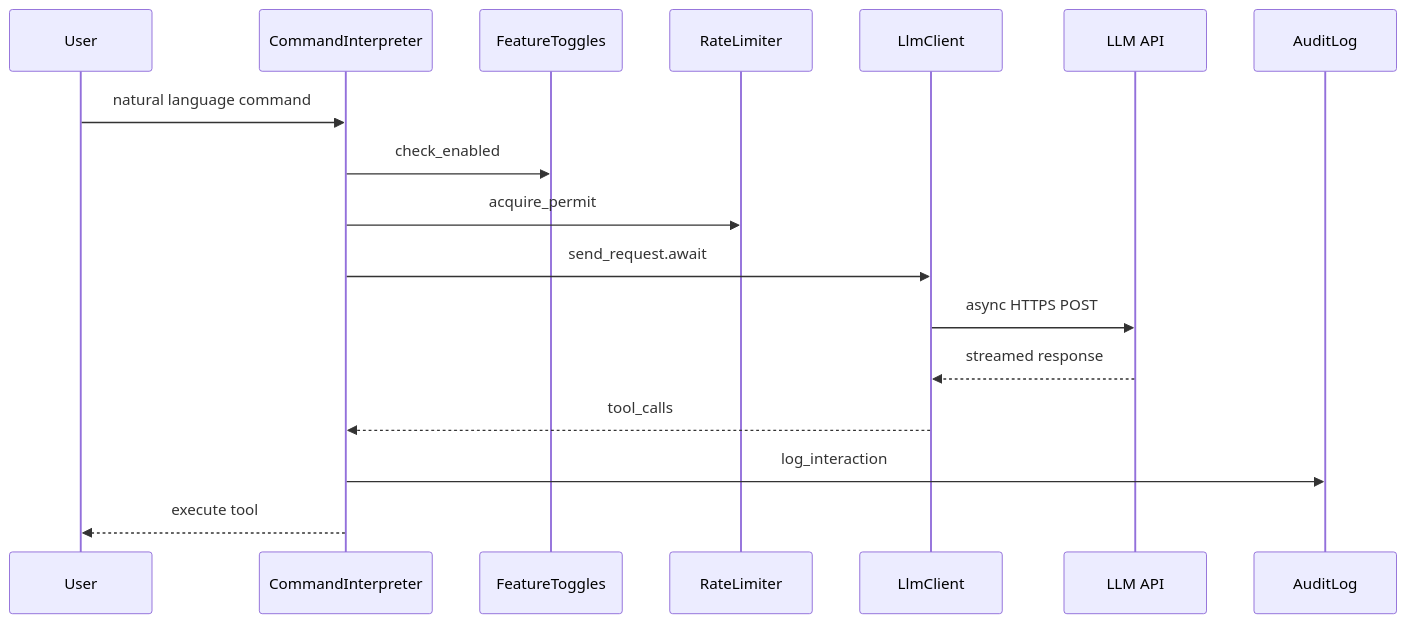
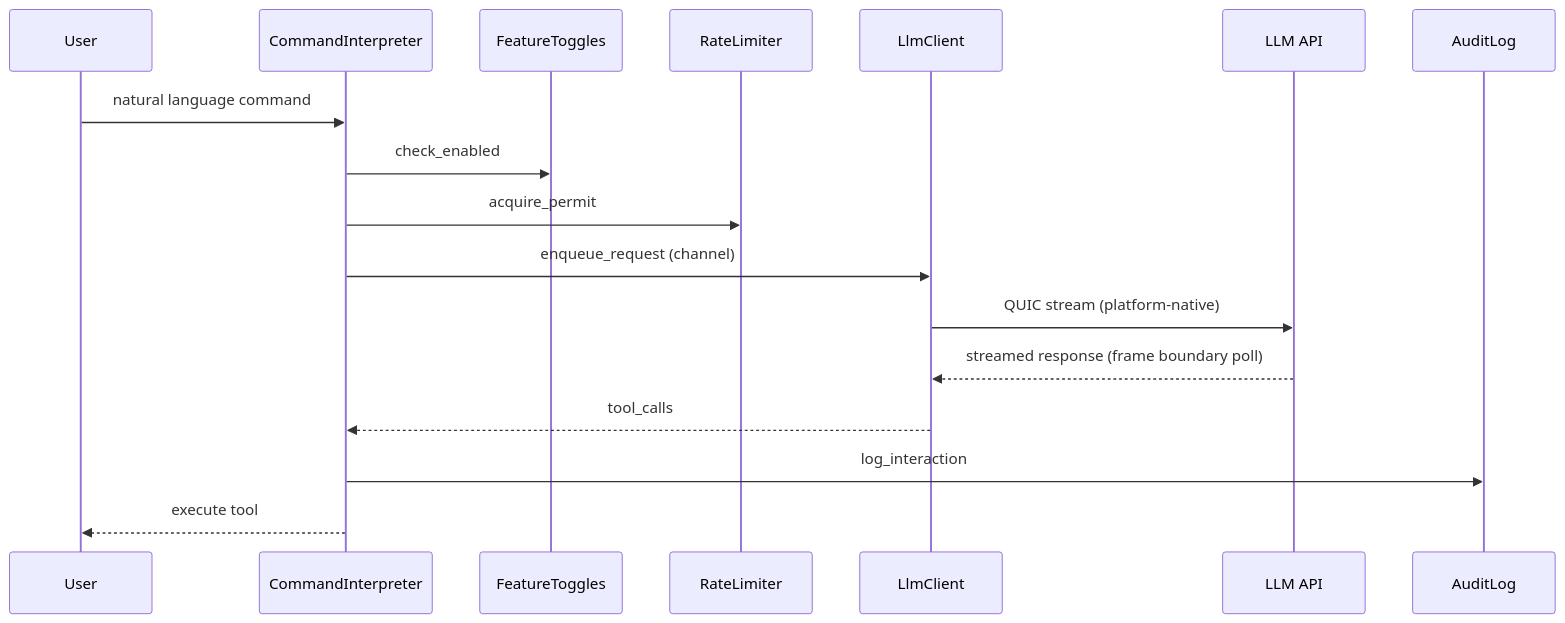
Before and after one commit to harmonius-dev/harmonius: the second of 5 diagrams in docs/design/tools/content-services.md, drawn with Mermaid. The commit also changed other lines of this file and 174 other files, not shown here.

````diff
--- a/docs/design/tools/content-services.md
+++ b/docs/design/tools/content-services.md
@@ -178,20 +185,20 @@
 ```mermaid
 sequenceDiagram
     participant U as User
     participant CI as CommandInterpreter
     participant FT as FeatureToggles
     participant RL as RateLimiter
     participant LC as LlmClient
     participant API as LLM API
     participant AL as AuditLog
 
     U->>CI: natural language command
     CI->>FT: check_enabled
     CI->>RL: acquire_permit
-    CI->>LC: send_request.await
-    LC->>API: async HTTPS POST
-    API-->>LC: streamed response
+    CI->>LC: enqueue_request (channel)
+    LC->>API: QUIC stream (platform-native)
+    API-->>LC: streamed response (frame boundary poll)
     LC-->>CI: tool_calls
     CI->>AL: log_interaction
     CI-->>U: execute tool
 ```
````
